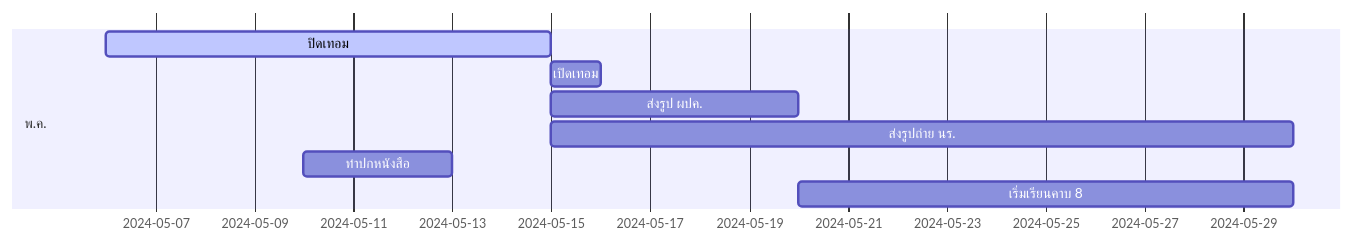
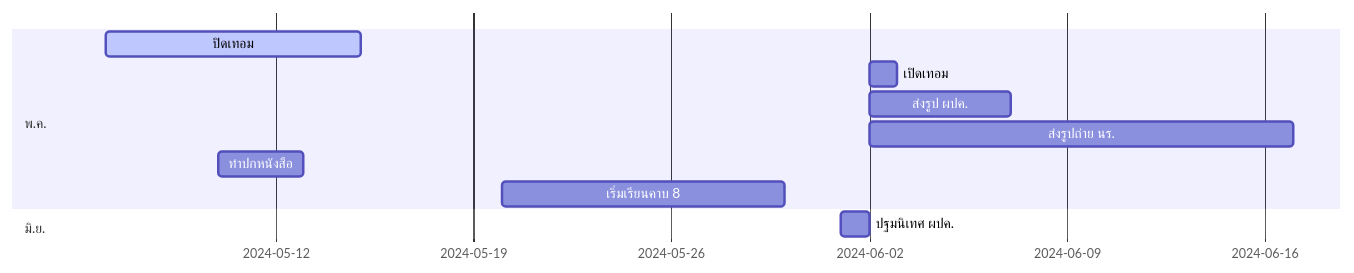
Before and after one commit to Kietpawpan/p4: the diagram in README.md, drawn with Mermaid. The commit also changed other lines of this file, not shown here.

````diff
--- a/README.md
+++ b/README.md
@@ -3,10 +3,13 @@
 ```mermaid
 gantt
     section พ.ค.
     ปิดเทอม :active,    des1, 2024-05-06, 9d
     เปิดเทอม :  des2, after des1, 1d
     ส่งรูป ผปค. :  des3, after des1, 5d
     ส่งรูปถ่าย นร.  :  des4, after des1, 15d
     ทำปกหนังสือ  :  des5, 2024-05-10, 3d
     เริ่มเรียนคาบ 8 :  des6, 2024-05-20, 10d
+    section มิ.ย.
+    ปฐมนิเทศ ผปค. : des1, 2024-06-01, 1d
+    
 ```
````
